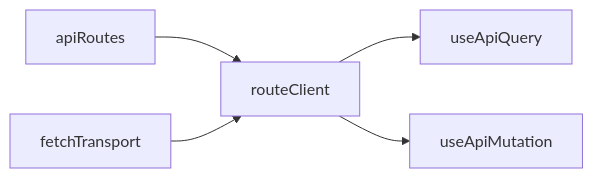
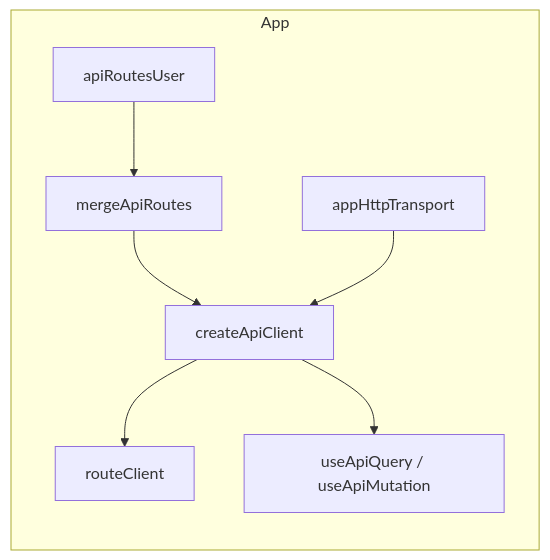
The diagram in README.md (marcusgajozo/typed-route-client), drawn with Mermaid before and after one commit. The commit also changed other lines of this file and 13 other files, not shown here.

Commit message:
feat(api): enhance API client with type-safe hooks and improve route handling

````diff
--- a/README.md
+++ b/README.md
@@ -28,7 +70,16 @@
 ```mermaid
 flowchart LR
-  apiRoutes --> routeClient
-  fetchTransport --> routeClient
-  routeClient --> useApiQuery
-  routeClient --> useApiMutation
+  subgraph app [App]
+    apiRoutesUser[apiRoutesUser]
+    apiRoutes[mergeApiRoutes]
+    httpTransport[appHttpTransport]
+    apiClient[createApiClient]
+    routeClient[routeClient]
+    hooks[useApiQuery / useApiMutation]
+  end
+  apiRoutesUser --> apiRoutes
+  apiRoutes --> apiClient
+  httpTransport --> apiClient
+  apiClient --> routeClient
+  apiClient --> hooks
 ```
````
